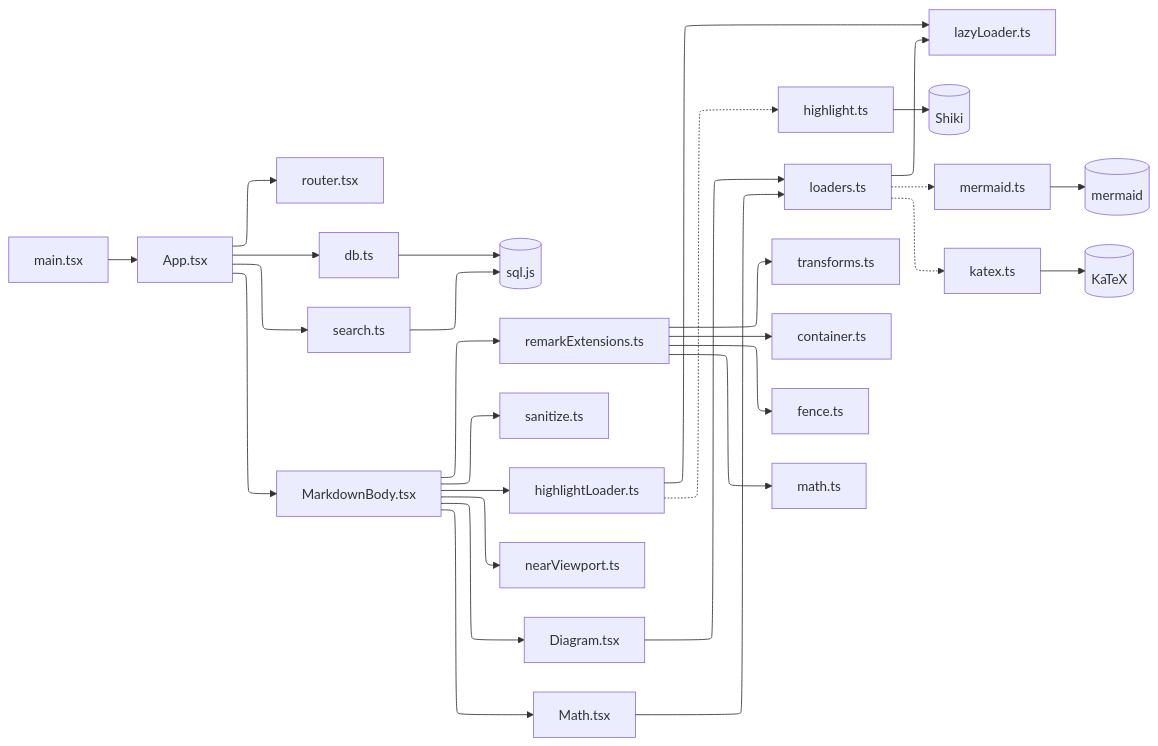
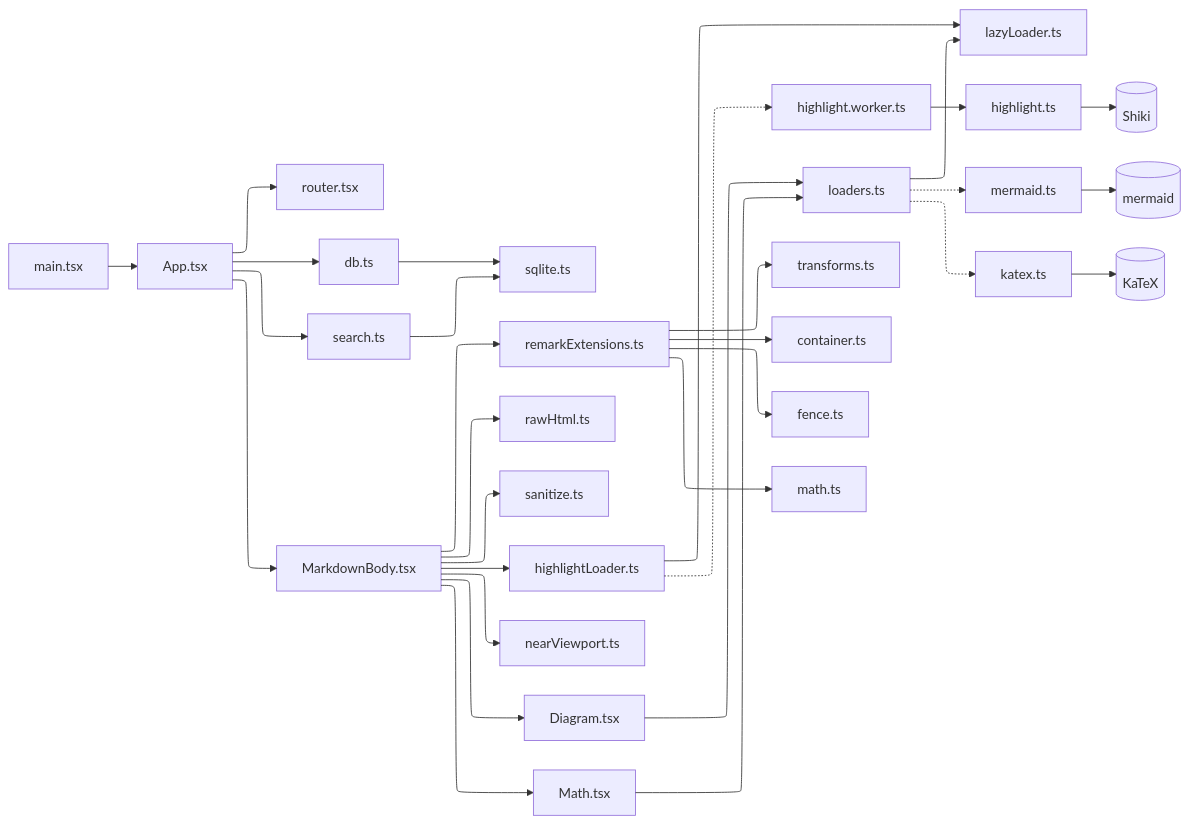
The tenth of 11 diagrams in example/content/articles/heavy-diagrams.md (tett23/sqlite-cms), drawn with Mermaid before and after one commit. The commit also changed other lines of this file and 34 other files, not shown here.

First line of the commit message:
表示を速くする：色分けを Worker で、HTML の取り込みと SQLite の読み手を自前にする（ADR 0046、0047）

````diff
--- a/example/content/articles/heavy-diagrams.md
+++ b/example/content/articles/heavy-diagrams.md
@@ -214,34 +212,36 @@
 ```mermaid
 ---
 config:
   layout: elk
 ---
 flowchart LR
   main[main.tsx] --> App[App.tsx]
   App --> router[router.tsx]
   App --> db[db.ts]
   App --> search[search.ts]
   App --> MarkdownBody[MarkdownBody.tsx]
-  db --> sqljs[(sql.js)]
-  search --> sqljs
+  db --> sqlite[sqlite.ts]
+  search --> sqlite
   MarkdownBody --> remark[remarkExtensions.ts]
+  MarkdownBody --> raw[rawHtml.ts]
   MarkdownBody --> sanitize[sanitize.ts]
   MarkdownBody --> hl[highlightLoader.ts]
   MarkdownBody --> near[nearViewport.ts]
   MarkdownBody --> Diagram[Diagram.tsx]
   MarkdownBody --> Math[Math.tsx]
   hl --> lazy[lazyLoader.ts]
-  hl -.-> highlight[highlight.ts]
+  hl -.-> worker[highlight.worker.ts]
+  worker --> highlight[highlight.ts]
   highlight --> shiki[(Shiki)]
   Diagram --> loaders[loaders.ts]
   Math --> loaders
   loaders --> lazy
   loaders -.-> mermaidTs[mermaid.ts]
   loaders -.-> katexTs[katex.ts]
   mermaidTs --> mermaid[(mermaid)]
   katexTs --> katex[(KaTeX)]
   remark --> transforms[transforms.ts]
   remark --> container[container.ts]
   remark --> fence[fence.ts]
   remark --> mathSyntax[math.ts]
 ```
````
